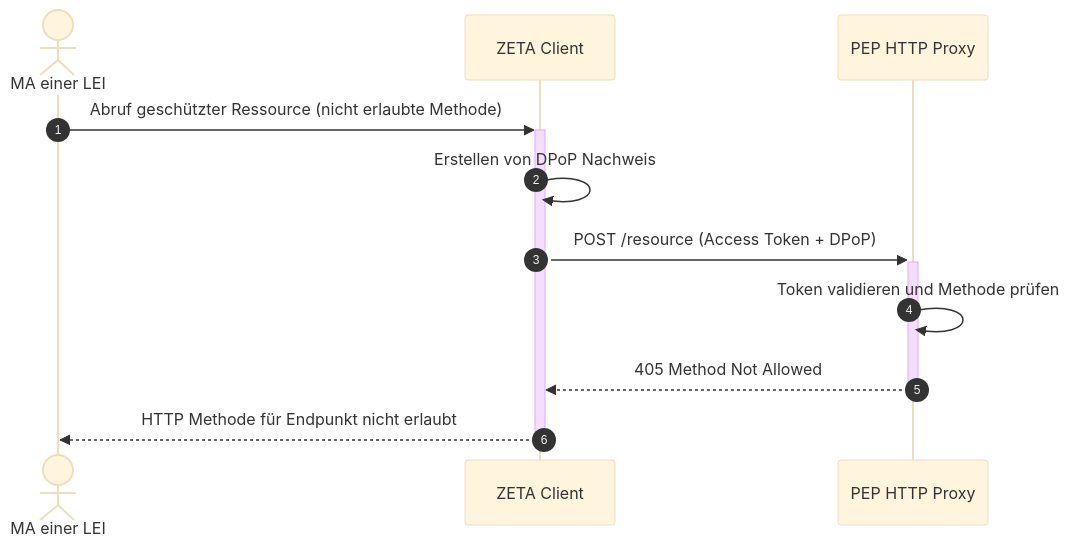
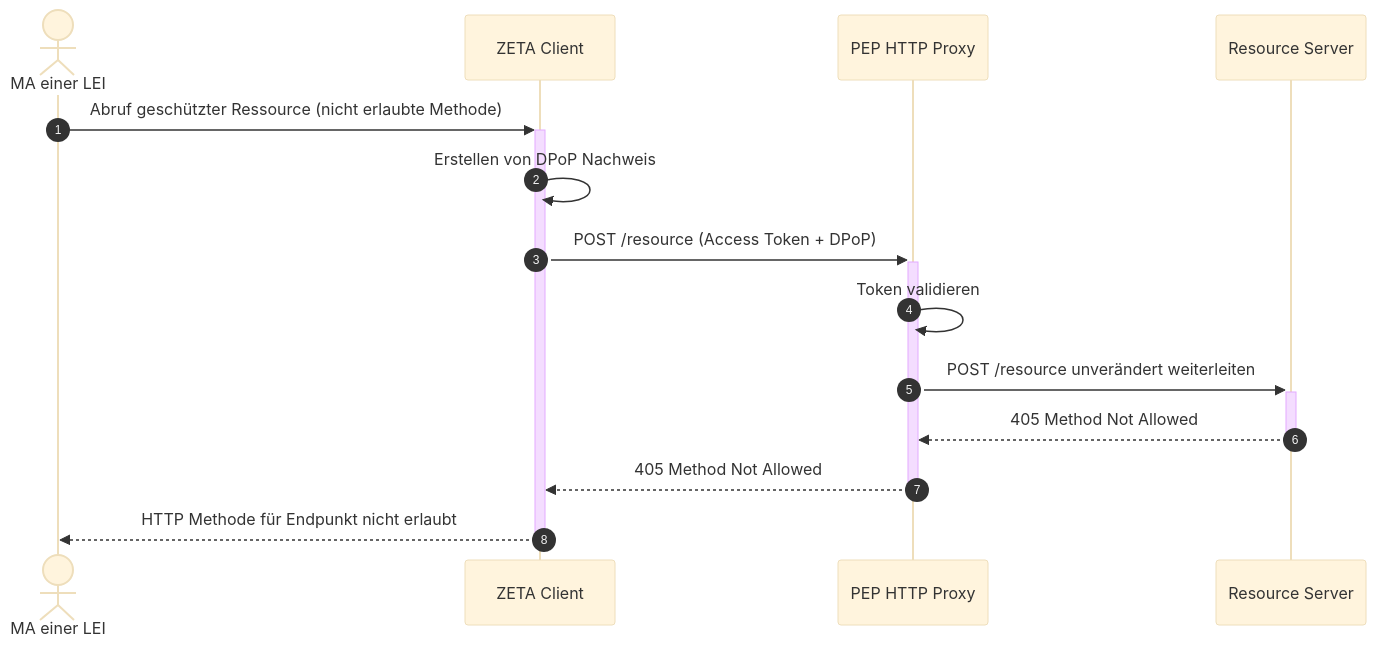
The diagram in src/test/resources/features/UserStory_01/UseCase_19/readme.adoc (gematik/zeta-tiger-testsuite), drawn with Mermaid (base theme) before and after one commit. The commit also changed other lines of this file and 373 other files, not shown here.

```diff
--- a/src/test/resources/features/UserStory_01/UseCase_19/readme.adoc
+++ b/src/test/resources/features/UserStory_01/UseCase_19/readme.adoc
@@ -50,16 +56,19 @@
 [mermaid,usecase-01-19-sequence,svg]
 ....
 sequenceDiagram
     autonumber
 
     actor MA as MA einer LEI
     participant ZC as ZETA Client
     participant PEP-HP as PEP HTTP Proxy
+    participant RS as Resource Server
 
     MA->>+ZC: Abruf geschützter Ressource (nicht erlaubte Methode)
     ZC->>ZC: Erstellen von DPoP Nachweis
     ZC->>+PEP-HP: POST /resource (Access Token + DPoP)
-    PEP-HP->>PEP-HP: Token validieren und Methode prüfen
+    PEP-HP->>PEP-HP: Token validieren
+    PEP-HP->>+RS: POST /resource unverändert weiterleiten
+    RS-->>-PEP-HP: 405 Method Not Allowed
     PEP-HP-->>-ZC: 405 Method Not Allowed
     ZC-->>-MA: HTTP Methode für Endpunkt nicht erlaubt
 ....
```
